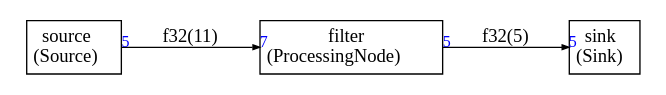
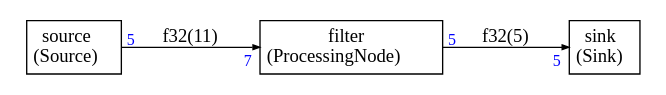
The diagram in SDFTools/examples/example1/test.dot (ARM-software/CMSIS-DSP), drawn with Graphviz before and after one commit. The commit also changed 14 other files, not shown here.

```diff
--- a/SDFTools/examples/example1/test.dot
+++ b/SDFTools/examples/example1/test.dot
@@ -1,39 +1,47 @@
 
 
 
 digraph structs {
     node [shape=plaintext]
     rankdir=LR
     edge [arrowsize=0.5]
     fontname="times"
 
 
 filter [label=<
 <TABLE BORDER="0" CELLBORDER="1" CELLSPACING="0" CELLPADDING="4">
   <TR>
     <TD ALIGN="CENTER" PORT="i">filter<BR/>(ProcessingNode)</TD>
   </TR>
 </TABLE>>];
 
 sink [label=<
 <TABLE BORDER="0" CELLBORDER="1" CELLSPACING="0" CELLPADDING="4">
   <TR>
     <TD ALIGN="CENTER" PORT="i">sink<BR/>(Sink)</TD>
   </TR>
 </TABLE>>];
 
 source [label=<
 <TABLE BORDER="0" CELLBORDER="1" CELLSPACING="0" CELLPADDING="4">
   <TR>
     <TD ALIGN="CENTER" PORT="i">source<BR/>(Source)</TD>
   </TR>
 </TABLE>>];
 
 
 
-source:i -> filter:i [headlabel=<<FONT COLOR="blue" POINT-SIZE="12.0" >7</FONT>>,taillabel=<<FONT COLOR="blue" POINT-SIZE="12.0" >5</FONT>>,label="f32(11)"]
+source:i -> filter:i [headlabel=<
+<TABLE BORDER="0" CELLPADDING="2"><TR><TD><FONT COLOR="blue" POINT-SIZE="12.0" >7</FONT>
+</TD></TR></TABLE>>,taillabel=<
+<TABLE BORDER="0" CELLPADDING="2"><TR><TD><FONT COLOR="blue" POINT-SIZE="12.0" >5</FONT>
+</TD></TR></TABLE>>,label="f32(11)"]
 
-filter:i -> sink:i [headlabel=<<FONT COLOR="blue" POINT-SIZE="12.0" >5</FONT>>,taillabel=<<FONT COLOR="blue" POINT-SIZE="12.0" >5</FONT>>,label="f32(5)"]
+filter:i -> sink:i [headlabel=<
+<TABLE BORDER="0" CELLPADDING="2"><TR><TD><FONT COLOR="blue" POINT-SIZE="12.0" >5</FONT>
+</TD></TR></TABLE>>,taillabel=<
+<TABLE BORDER="0" CELLPADDING="2"><TR><TD><FONT COLOR="blue" POINT-SIZE="12.0" >5</FONT>
+</TD></TR></TABLE>>,label="f32(5)"]
 
 
 }
```
